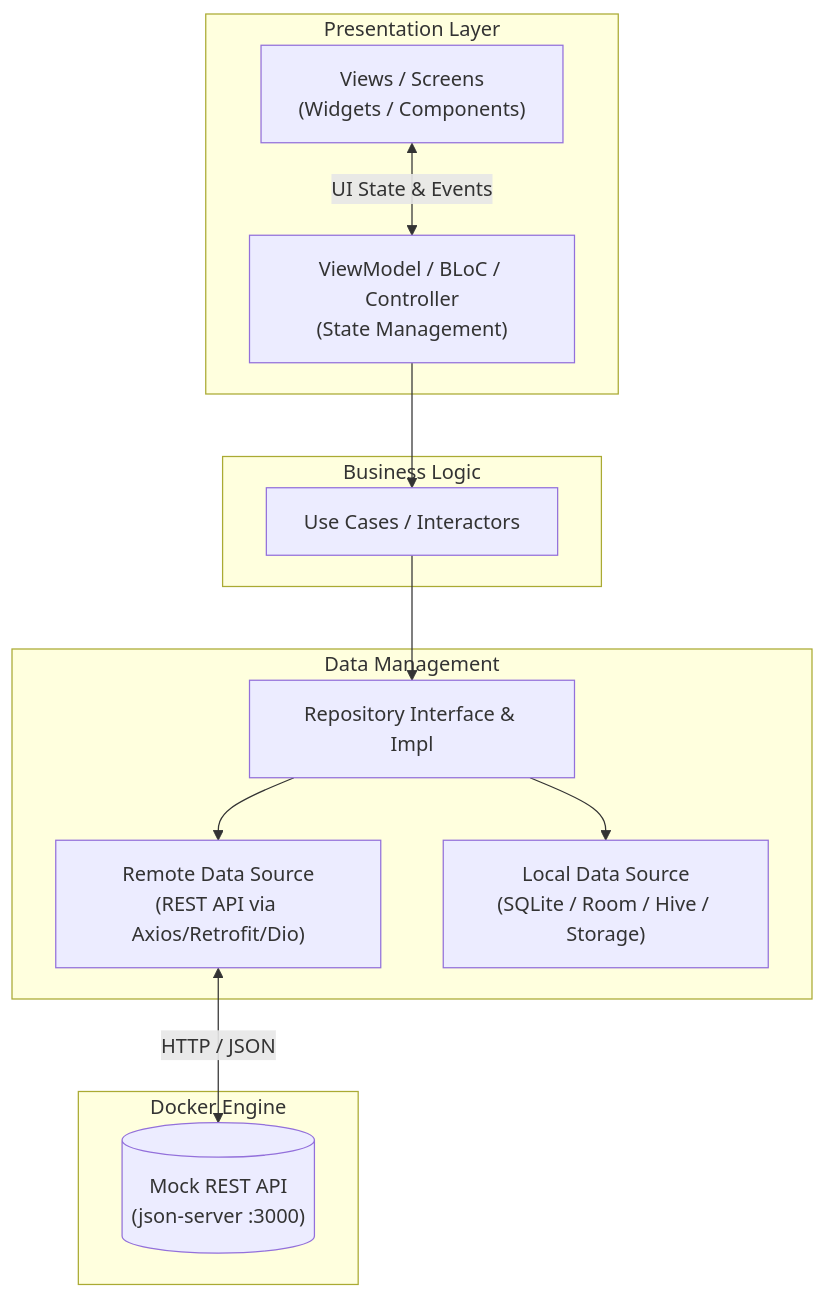
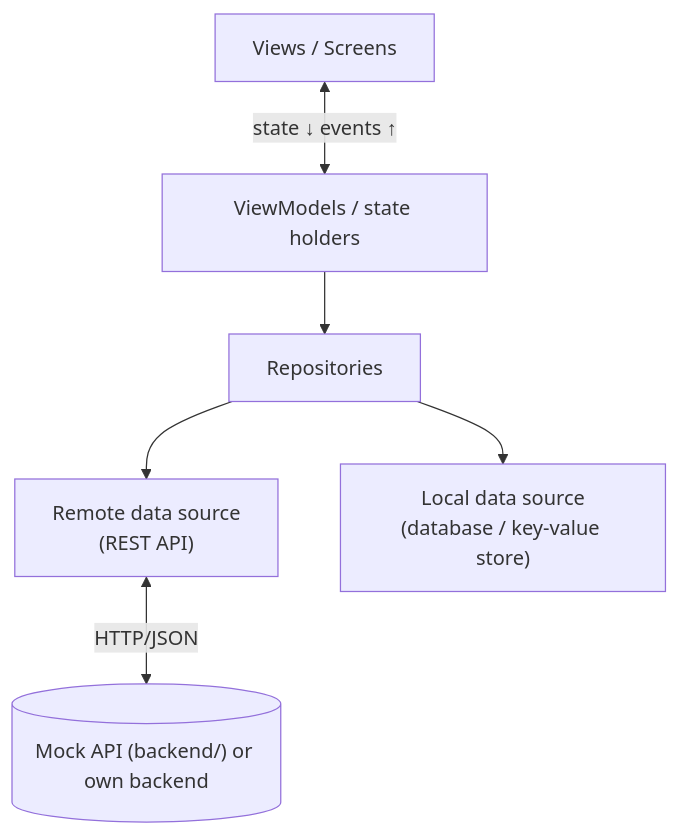
The diagram in README.md (hungdn1701/mobile-app-starter), drawn with Mermaid before and after one commit. The commit also changed other lines of this file and 28 other files, not shown here.

````diff
--- a/README.md
+++ b/README.md
@@ -61,27 +54,8 @@
 ```mermaid
 graph TD
-    subgraph UI Layer [Presentation Layer]
-        V["Views / Screens\n(Widgets / Components)"]
-        VM["ViewModel / BLoC / Controller\n(State Management)"]
-        V <-->|UI State & Events| VM
-    end
-
-    subgraph Domain Layer [Business Logic]
-        UC["Use Cases / Interactors"]
-        VM --> UC
-    end
-
-    subgraph Data Layer [Data Management]
-        REPO["Repository Interface & Impl"]
-        UC --> REPO
-        REMOTE["Remote Data Source\n(REST API via Axios/Retrofit/Dio)"]
-        LOCAL["Local Data Source\n(SQLite / Room / Hive / Storage)"]
-        REPO --> REMOTE
-        REPO --> LOCAL
-    end
-
-    subgraph Backend Mock [Docker Engine]
-        API[("Mock REST API\n(json-server :3000)")]
-        REMOTE <-->|HTTP / JSON| API
-    end
+    V["Views / Screens"] <-->|state ↓ events ↑| VM["ViewModels / state holders"]
+    VM --> R["Repositories"]
+    R --> API["Remote data source<br/>(REST API)"]
+    R --> DB["Local data source<br/>(database / key-value store)"]
+    API <-->|HTTP/JSON| BE[("Mock API (backend/) or own backend")]
 ```
````
